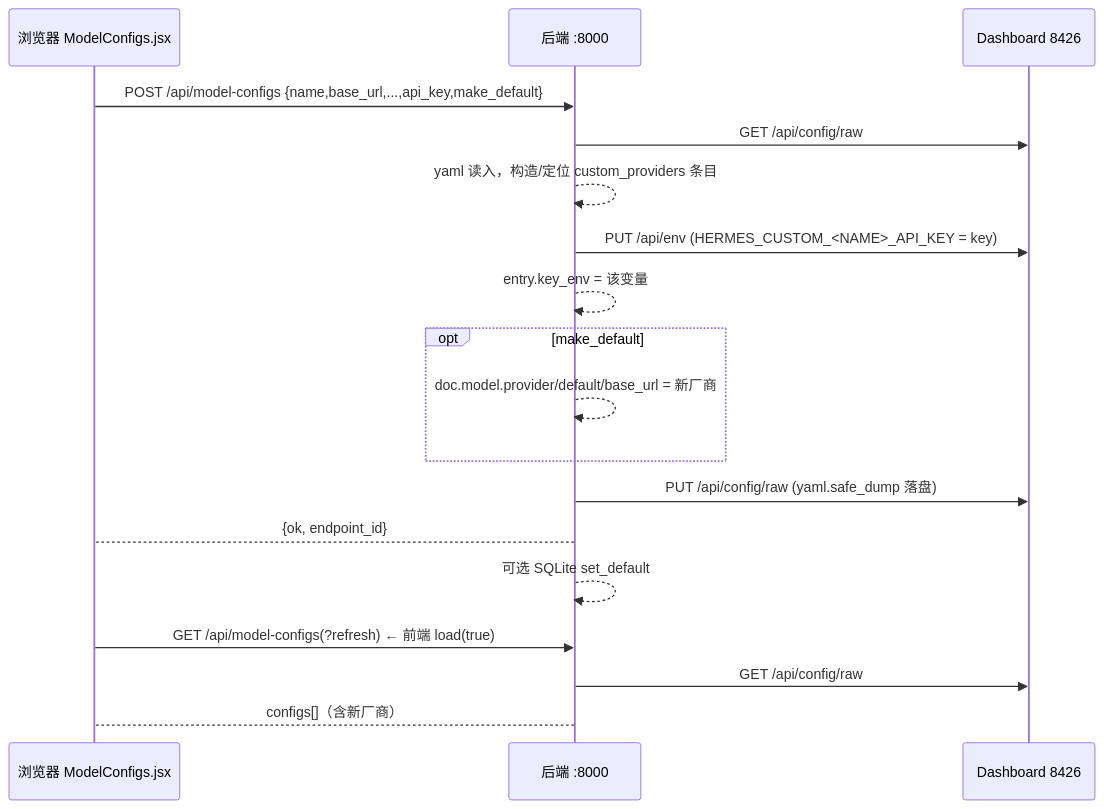
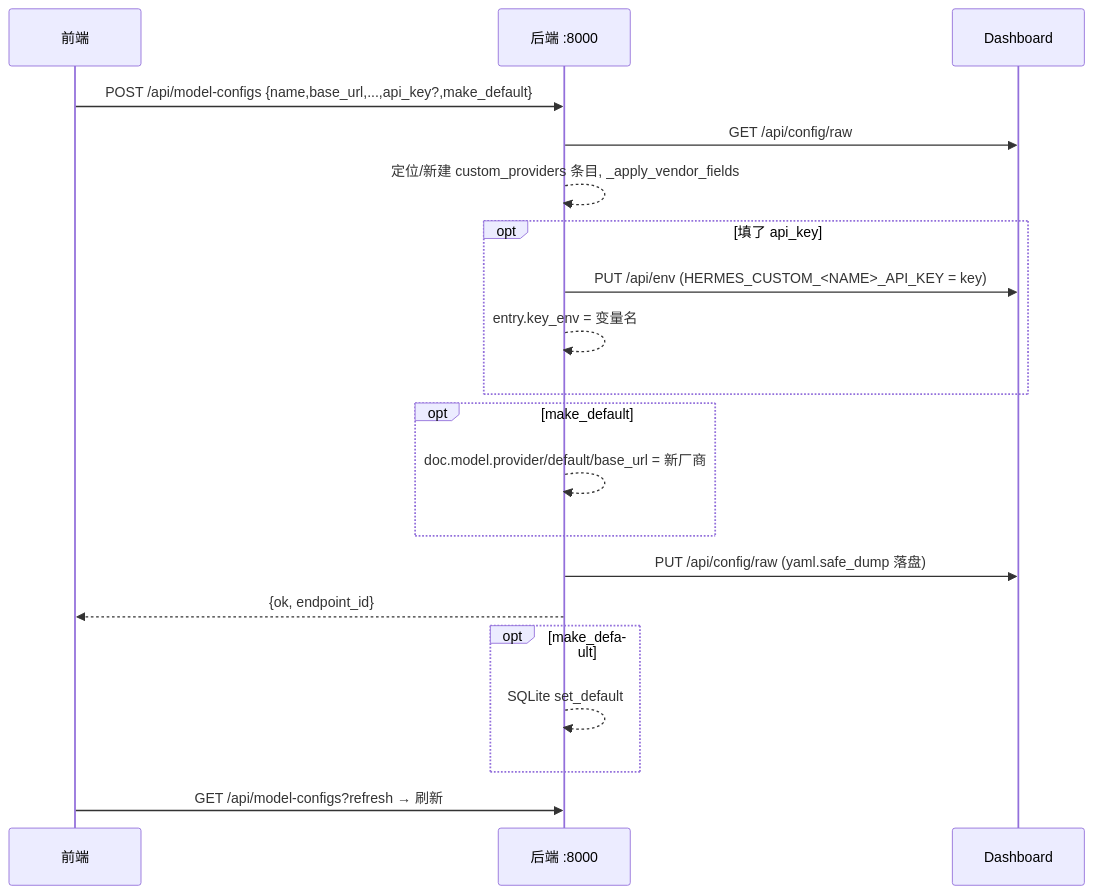
Before and after one commit to yeeqen00111/hermes-web-console: the third of 11 diagrams in model-configs-flow.md, drawn with Mermaid. The commit also changed other lines of this file, not shown here.

Commit message:
docs(model-configs): add per-feature sequence diagram for all 10 features

````diff
--- a/model-configs-flow.md
+++ b/model-configs-flow.md
@@ -150,20 +170,22 @@
 ```mermaid
 sequenceDiagram
-    participant U as 浏览器 ModelConfigs.jsx
+    participant U as 前端
     participant B as 后端 :8000
-    participant D as Dashboard 8426
-    U->>B: POST /api/model-configs {name,base_url,...,api_key,make_default}
+    participant D as Dashboard
+    U->>B: POST /api/model-configs {name,base_url,...,api_key?,make_default}
     B->>D: GET /api/config/raw
-    B-->>B: yaml 读入，构造/定位 custom_providers 条目
-    B->>D: PUT /api/env (HERMES_CUSTOM_<NAME>_API_KEY = key)
-    B-->>B: entry.key_env = 该变量
+    B-->>B: 定位/新建 custom_providers 条目, _apply_vendor_fields
+    opt 填了 api_key
+        B->>D: PUT /api/env (HERMES_CUSTOM_<NAME>_API_KEY = key)
+        B-->>B: entry.key_env = 变量名
+    end
     opt make_default
         B-->>B: doc.model.provider/default/base_url = 新厂商
     end
     B->>D: PUT /api/config/raw (yaml.safe_dump 落盘)
-    B-->U: {ok, endpoint_id}
-    B-->>B: 可选 SQLite set_default
-    U->>B: GET /api/model-configs(?refresh)   ← 前端 load(true)
-    B->>D: GET /api/config/raw
-    B-->U: configs[]（含新厂商）
+    B-->>U: {ok, endpoint_id}
+    opt make_default
+        B-->>B: SQLite set_default
+    end
+    U->>B: GET /api/model-configs?refresh → 刷新
 ```
````
